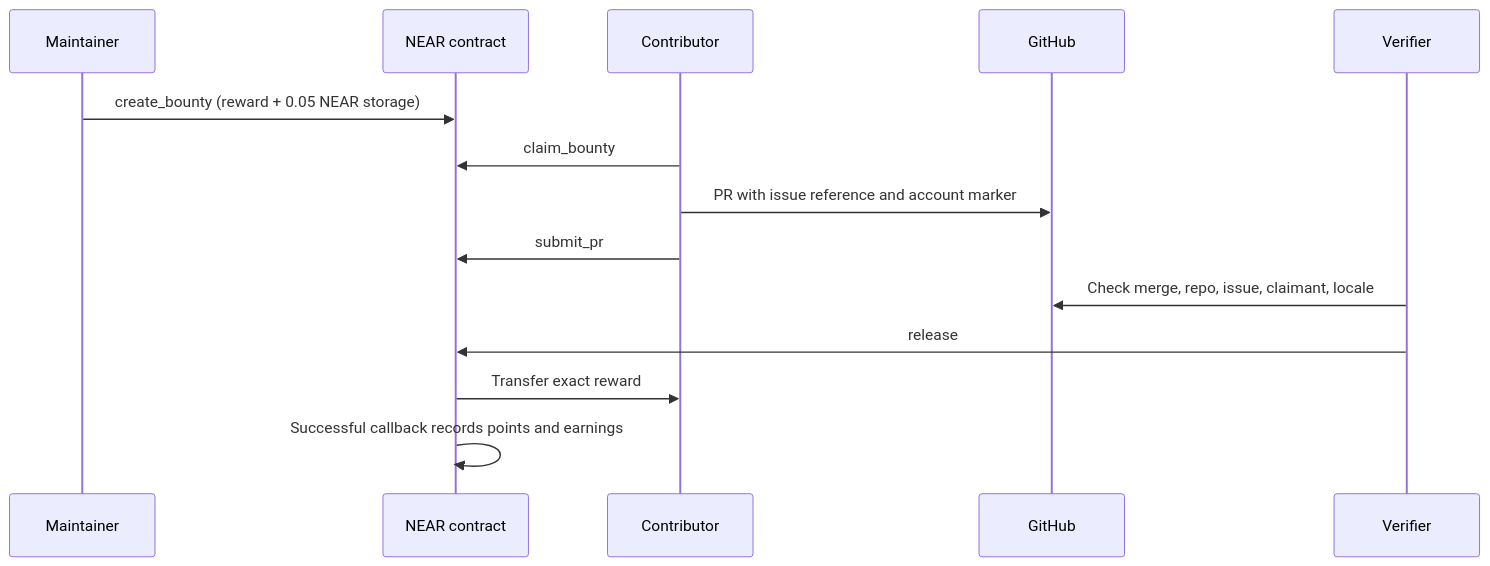
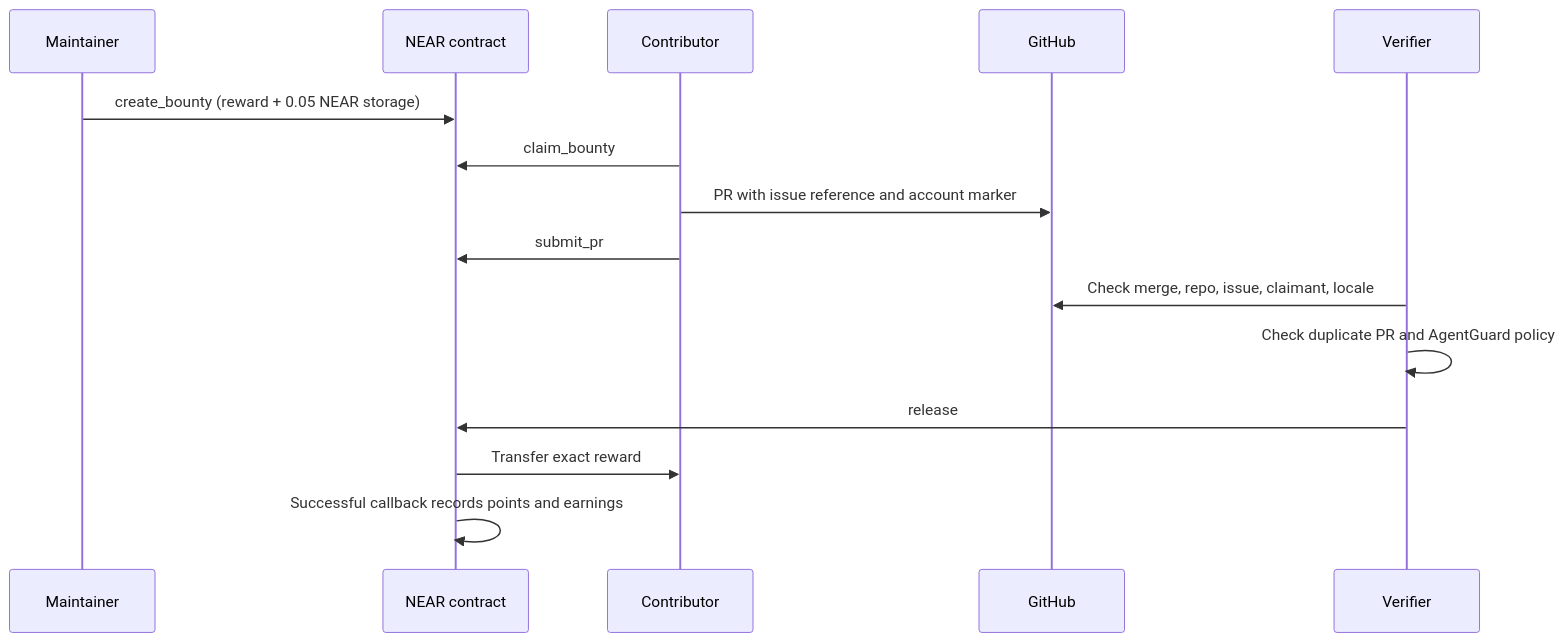
Before and after one commit to CodeMasterLabs/gitsettle: the diagram in README.md, drawn with Mermaid. The commit also changed other lines of this file and 165 other files, not shown here.

````diff
--- a/README.md
+++ b/README.md
@@ -44,16 +50,17 @@
 ```mermaid
 sequenceDiagram
   participant M as Maintainer
   participant C as NEAR contract
   participant D as Contributor
   participant G as GitHub
   participant V as Verifier
   M->>C: create_bounty (reward + 0.05 NEAR storage)
   D->>C: claim_bounty
   D->>G: PR with issue reference and account marker
   D->>C: submit_pr
   V->>G: Check merge, repo, issue, claimant, locale
+  V->>V: Check duplicate PR and AgentGuard policy
   V->>C: release
   C->>D: Transfer exact reward
   C->>C: Successful callback records points and earnings
 ```
````
